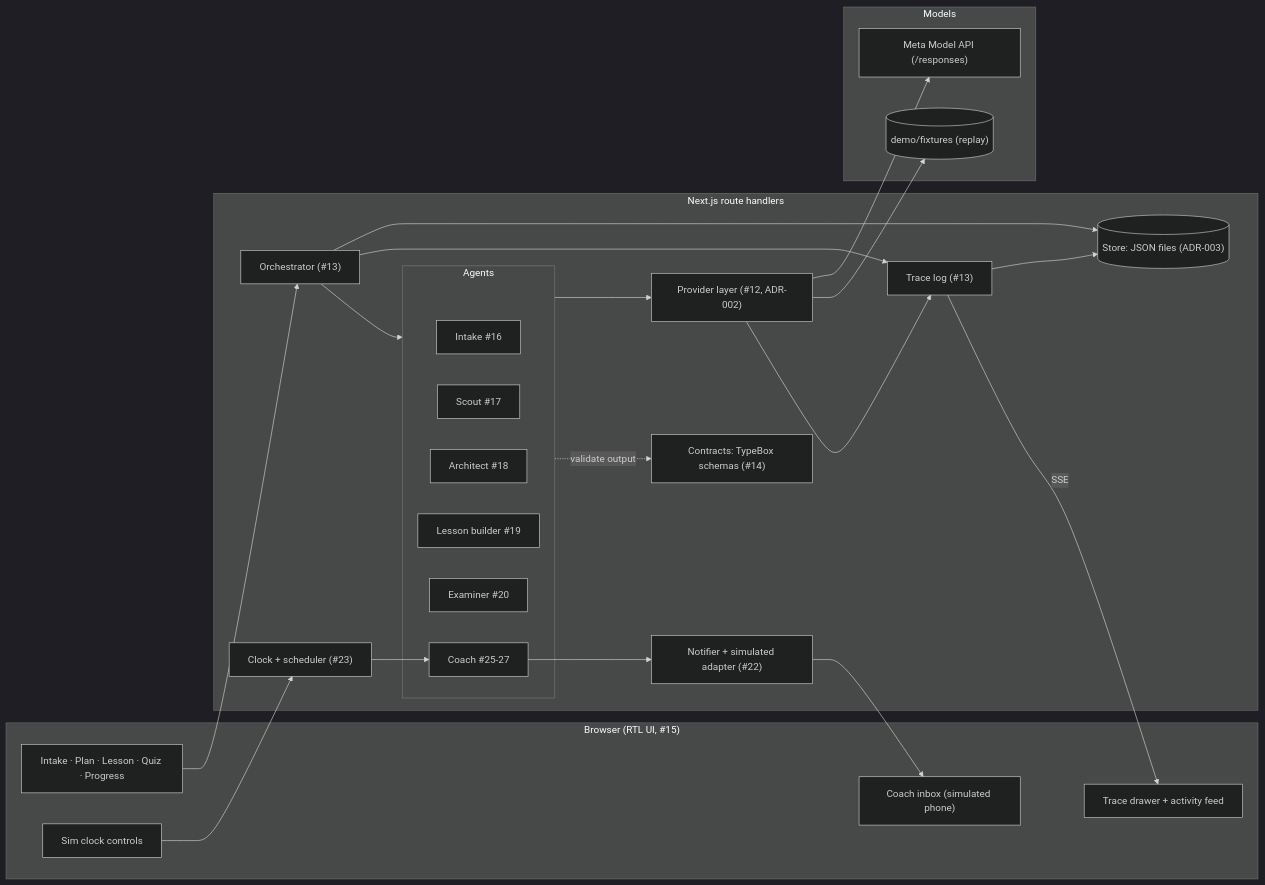
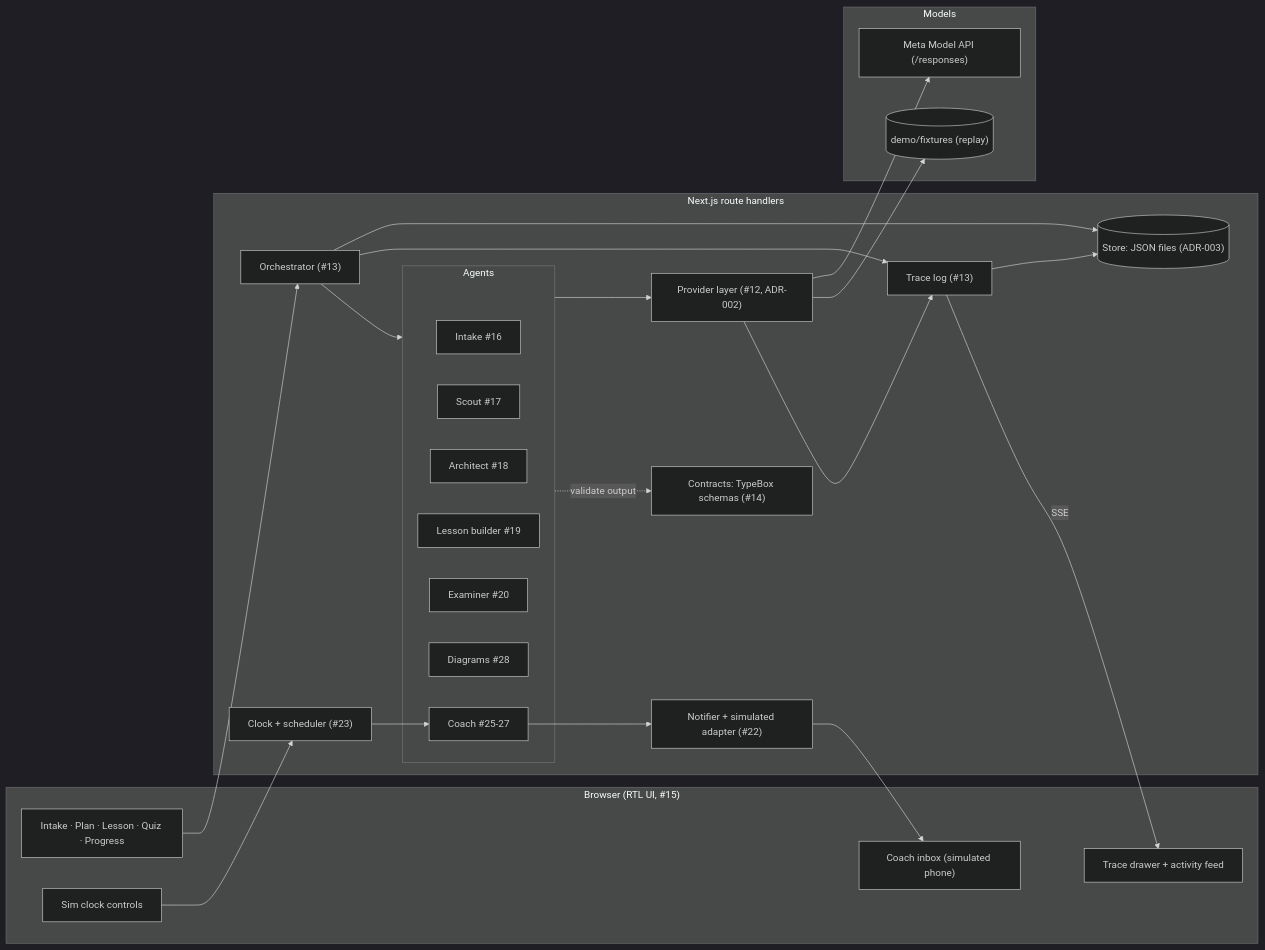
Before and after one commit to amElnagdy/curaloom-hackathon: the diagram in docs/architecture.md, drawn with Mermaid (dark theme). The commit also changed other lines of this file and 44 other files, not shown here.

First line of the commit message:
Tighten the diagram check and record pages as HTML (#28)

````diff
--- a/docs/architecture.md
+++ b/docs/architecture.md
@@ -5,48 +5,49 @@
 ```mermaid
 flowchart LR
   subgraph Browser["Browser (RTL UI, #15)"]
     Pages["Intake · Plan · Lesson · Quiz · Progress"]
     Inbox["Coach inbox (simulated phone)"]
     TracePanel["Trace drawer + activity feed"]
     DemoBar["Sim clock controls"]
   end
 
   subgraph Server["Next.js route handlers"]
     Orch["Orchestrator (#13)"]
     subgraph Agents["Agents"]
       Intake["Intake #16"]
       Scout["Scout #17"]
       Architect["Architect #18"]
       LessonB["Lesson builder #19"]
       Examiner["Examiner #20"]
+      Diagrams["Diagrams #28"]
       Coach["Coach #25-27"]
     end
     Provider["Provider layer (#12, ADR-002)"]
     Store[("Store: JSON files (ADR-003)")]
     Trace["Trace log (#13)"]
     Notifier["Notifier + simulated adapter (#22)"]
     Clock["Clock + scheduler (#23)"]
     Contracts["Contracts: TypeBox schemas (#14)"]
   end
 
   subgraph Models["Models"]
     Meta["Meta Model API (/responses)"]
     Fixtures[("demo/fixtures (replay)")]
   end
 
   Pages --> Orch
   DemoBar --> Clock
   Orch --> Agents
   Agents --> Provider
   Agents -. validate output .-> Contracts
   Provider --> Meta
   Provider --> Fixtures
   Orch --> Store
   Orch --> Trace
   Provider --> Trace
   Trace --> Store
   Trace -- SSE --> TracePanel
   Clock --> Coach
   Coach --> Notifier
   Notifier --> Inbox
 ```
````
